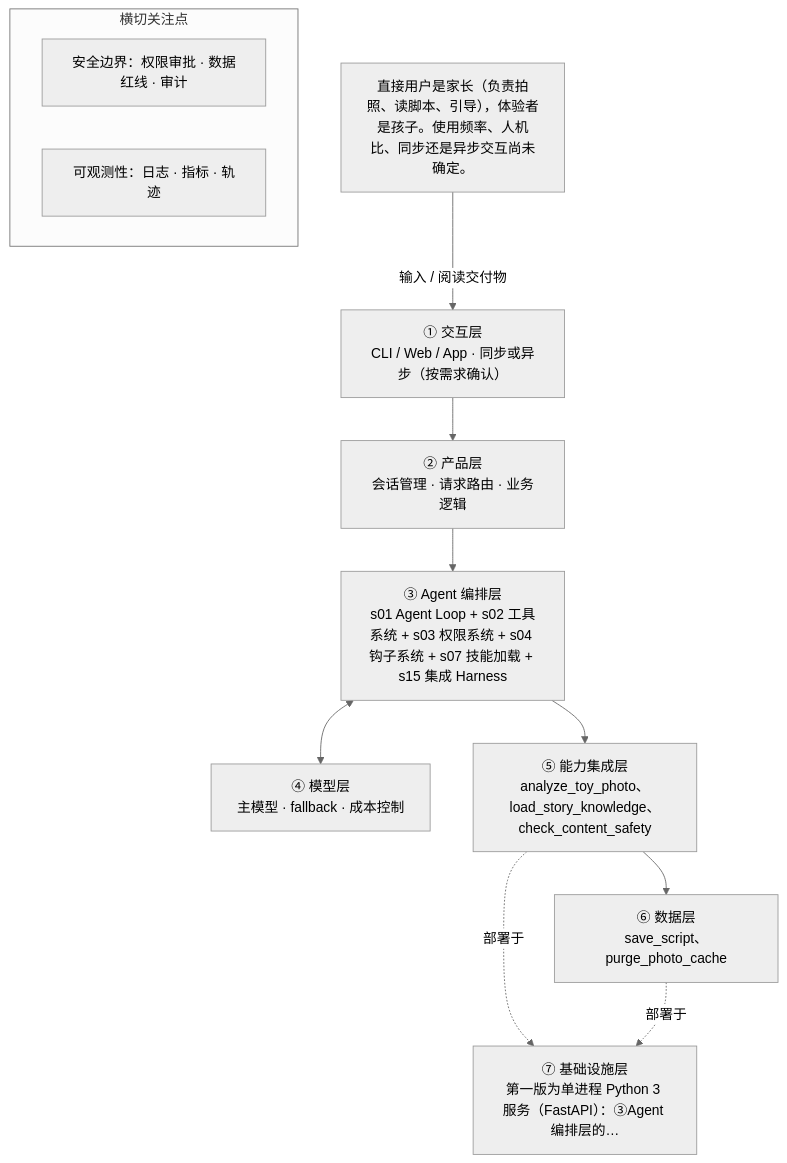
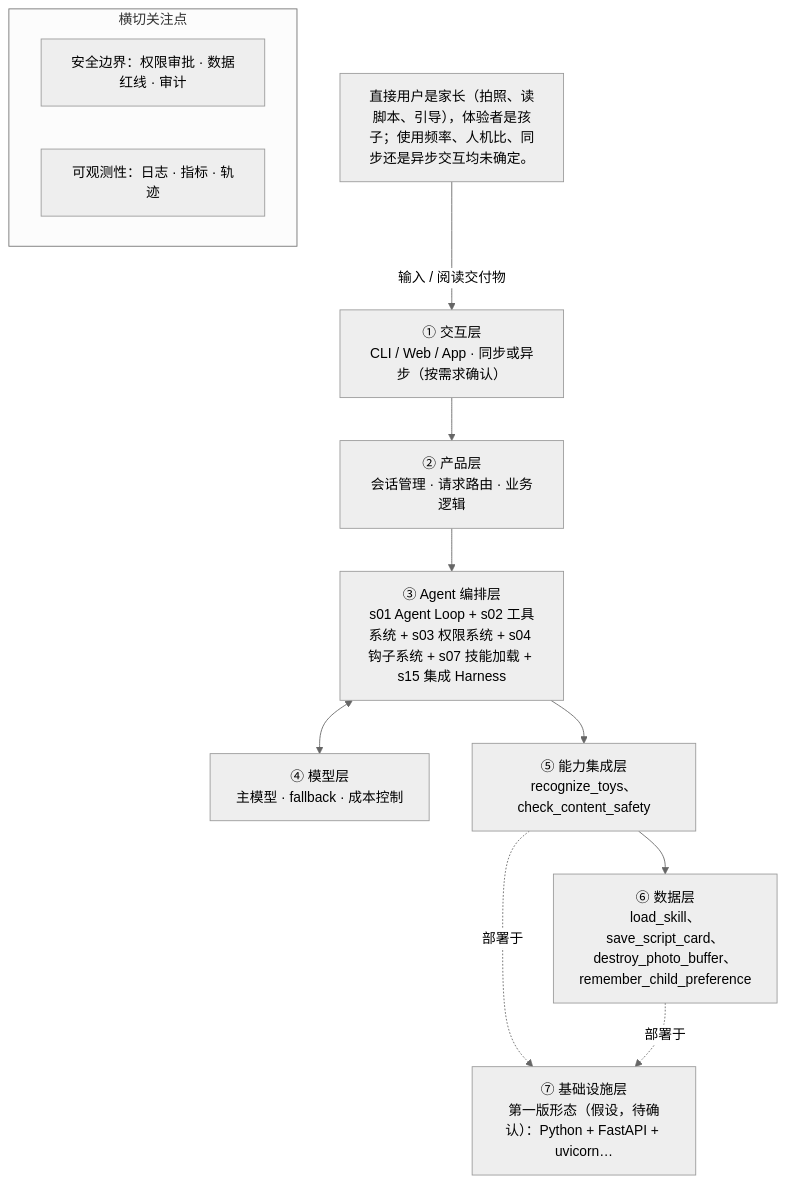
One commit to hubooooooo/agent-blueprint changed the diagram in docs/examples/方案示例-玩具剧场-真实运行.md. Above: the diagram before and after it, drawn with Mermaid (neutral theme). The commit also changed other lines of this file and 10 other files, not shown here.

````diff
--- a/docs/examples/方案示例-玩具剧场-真实运行.md
+++ b/docs/examples/方案示例-玩具剧场-真实运行.md
@@ -102,22 +106,22 @@
 ```mermaid
 flowchart TD
-    U["直接用户是家长（负责拍照、读脚本、引导），体验者是孩子。使用频率、人机比、同步还是异步交互尚未确定。"] -->|输入 / 阅读交付物| L1
+    U["直接用户是家长（拍照、读脚本、引导），体验者是孩子；使用频率、人机比、同步还是异步交互均未确定。"] -->|输入 / 阅读交付物| L1
     L1["① 交互层<br/>CLI / Web / App · 同步或异步（按需求确认）"]
     L2["② 产品层<br/>会话管理 · 请求路由 · 业务逻辑"]
     L3["③ Agent 编排层<br/>s01 Agent Loop + s02 工具系统 + s03 权限系统 + s04 钩子系统 + s07 技能加载 + s15 集成 Harness"]
     L4["④ 模型层<br/>主模型 · fallback · 成本控制"]
-    L5["⑤ 能力集成层<br/>analyze_toy_photo、load_story_knowledge、check_content_safety"]
-    L6["⑥ 数据层<br/>save_script、purge_photo_cache"]
-    L7["⑦ 基础设施层<br/>第一版为单进程 Python 3 服务（FastAPI）：③Agent 编排层的…"]
+    L5["⑤ 能力集成层<br/>recognize_toys、check_content_safety"]
+    L6["⑥ 数据层<br/>load_skill、save_script_card、destroy_photo_buffer、remember_child_preference"]
+    L7["⑦ 基础设施层<br/>第一版形态（假设，待确认）：Python + FastAPI + uvicorn…"]
     L1 --> L2
     L2 --> L3
     L3 <--> L4
     L3 --> L5
     L5 --> L6
     L5 -.->|部署于| L7
     L6 -.->|部署于| L7
     subgraph 横切关注点
         SEC["安全边界：权限审批 · 数据红线 · 审计"]
         OBS["可观测性：日志 · 指标 · 轨迹"]
     end
 ```
````
